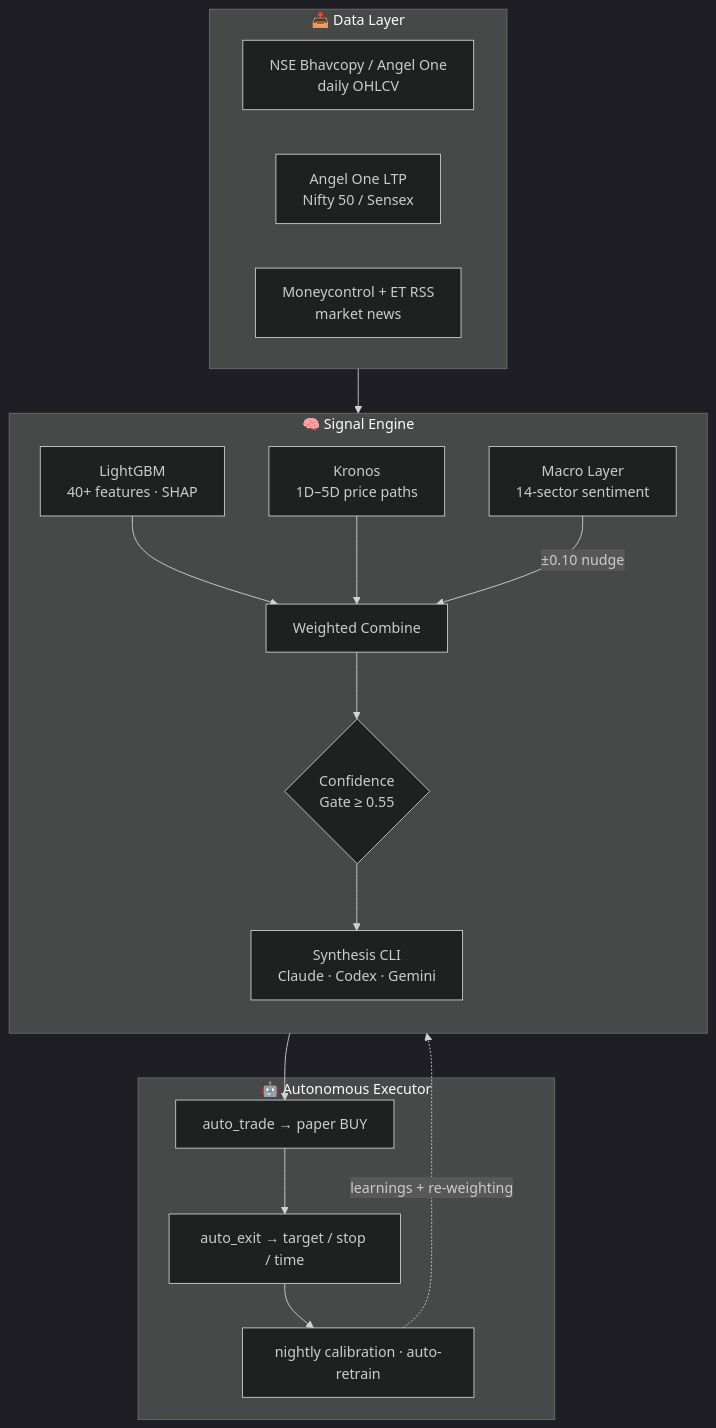
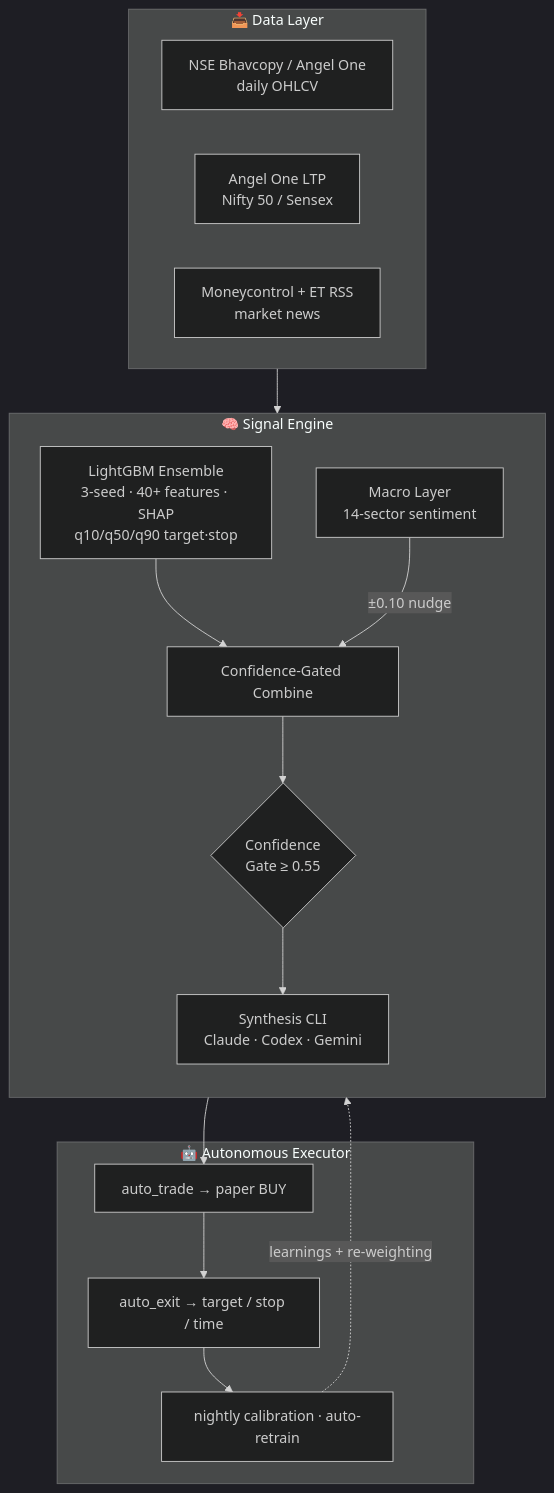
The first of 2 diagrams in README.md (harshkawatra11/stocksense), drawn with Mermaid (dark theme) before and after one commit. The commit also changed other lines of this file and 99 other files, not shown here.

````diff
--- a/README.md
+++ b/README.md
@@ -95,32 +95,30 @@
 ```mermaid
 flowchart TD
     subgraph DATA["📥 Data Layer"]
         A1["NSE Bhavcopy / Angel One<br/>daily OHLCV"]
         A2["Angel One LTP<br/>Nifty 50 / Sensex"]
         A3["Moneycontrol + ET RSS<br/>market news"]
     end
 
     subgraph ENGINE["🧠 Signal Engine"]
         direction TB
-        B1["LightGBM<br/>40+ features · SHAP"]
-        B2["Kronos<br/>1D–5D price paths"]
+        B1["LightGBM Ensemble<br/>3-seed · 40+ features · SHAP<br/>q10/q50/q90 target·stop"]
         B3["Macro Layer<br/>14-sector sentiment"]
-        B1 --> C["Weighted Combine"]
-        B2 --> C
+        B1 --> C["Confidence-Gated Combine"]
         B3 -->|±0.10 nudge| C
         C --> D{"Confidence<br/>Gate ≥ 0.55"}
         D --> E["Synthesis CLI<br/>Claude · Codex · Gemini"]
     end
 
     subgraph BRAIN["🤖 Autonomous Executor"]
         F["auto_trade → paper BUY"]
         G["auto_exit → target / stop / time"]
         H["nightly calibration · auto-retrain"]
     end
 
     DATA --> ENGINE
     E --> F
     F --> G
     G --> H
     H -. learnings + re-weighting .-> ENGINE
 ```
````
